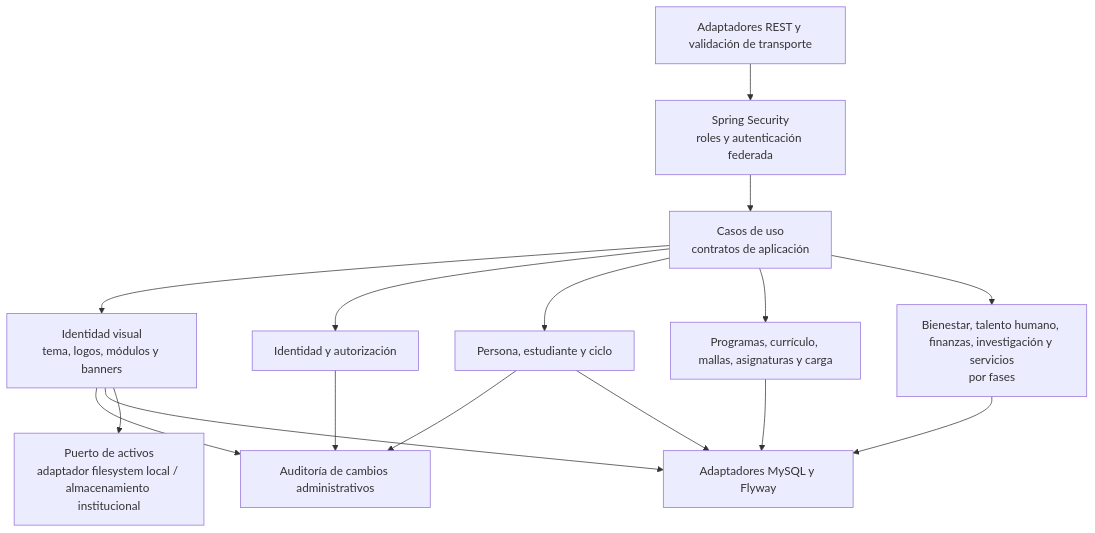
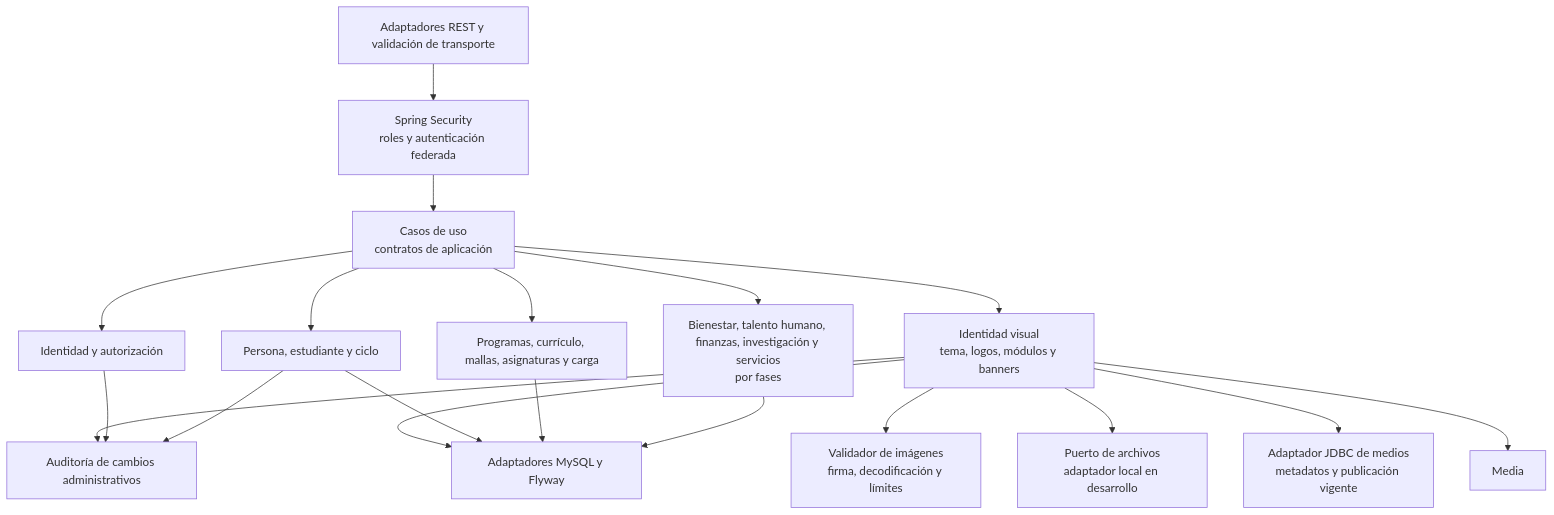
One commit to jdsalasca/open-university-backend changed the third of 3 diagrams in docs/architecture/c4.md. Above: the diagram before and after it, drawn with Mermaid. The commit also changed 24 other files, not shown here.

````diff
--- a/docs/architecture/c4.md
+++ b/docs/architecture/c4.md
@@ -47,30 +47,35 @@
 ```mermaid
 flowchart TB
   Web[Adaptadores REST y validación de transporte]
   Security[Spring Security\nroles y autenticación federada]
   UseCases[Casos de uso\ncontratos de aplicación]
   Branding[Identidad visual\ntema, logos, módulos y banners]
   Identity[Identidad y autorización]
   Student[Persona, estudiante y ciclo]
   Academics[Programas, currículo, mallas, asignaturas y carga]
   Other[Bienestar, talento humano, finanzas, investigación y servicios\npor fases]
   Audit[Auditoría de cambios administrativos]
   Persistence[Adaptadores MySQL y Flyway]
-  Media[Puerto de activos\nadaptador filesystem local / almacenamiento institucional]
+  MediaValidation[Validador de imágenes\nfirma, decodificación y límites]
+  AssetStorage[Puerto de archivos\nadaptador local en desarrollo]
+  AssetRepository[Adaptador JDBC de medios\nmetadatos y publicación vigente]
 
   Web --> Security
   Security --> UseCases
   UseCases --> Branding
   UseCases --> Identity
   UseCases --> Student
   UseCases --> Academics
   UseCases --> Other
   Branding --> Audit
   Identity --> Audit
   Student --> Audit
   Branding --> Persistence
+  Branding --> MediaValidation
+  Branding --> AssetStorage
+  Branding --> AssetRepository
   Student --> Persistence
   Academics --> Persistence
   Other --> Persistence
   Branding --> Media
 ```
````
